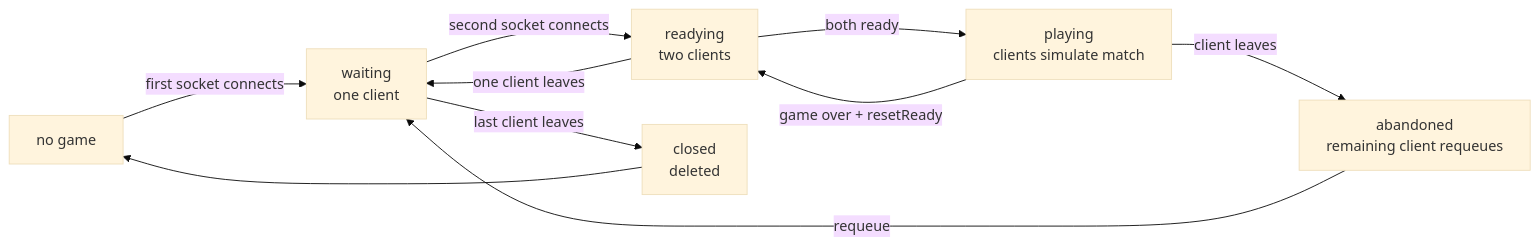
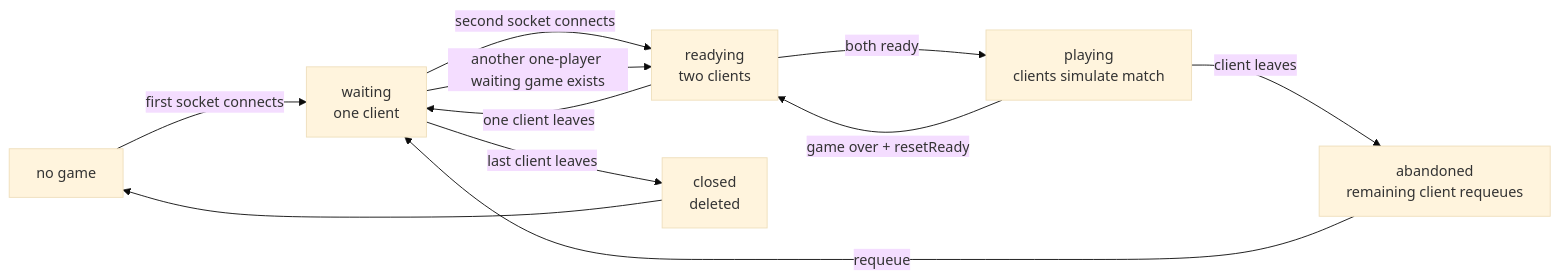
One commit to mkjems/gunfight changed the second of 2 diagrams in documentation/Connection-state-model.md. Above: the diagram before and after it, drawn with Mermaid (base theme). The commit also changed other lines of this file and 10 other files, not shown here.

````diff
--- a/documentation/Connection-state-model.md
+++ b/documentation/Connection-state-model.md
@@ -51,12 +51,13 @@
 ```mermaid
 flowchart LR
     NoGame["no game"] -->|"first socket connects"| Waiting["waiting<br/>one client"]
     Waiting -->|"second socket connects"| Readying["readying<br/>two clients"]
     Readying -->|"both ready"| Playing["playing<br/>clients simulate match"]
     Playing -->|"client leaves"| Abandoned["abandoned<br/>remaining client requeues"]
     Abandoned -->|"requeue"| Waiting
     Waiting -->|"last client leaves"| Closed["closed<br/>deleted"]
     Readying -->|"one client leaves"| Waiting
+    Waiting -->|"another one-player waiting game exists"| Readying
     Playing -->|"game over + resetReady"| Readying
     Closed --> NoGame
 ```
````
